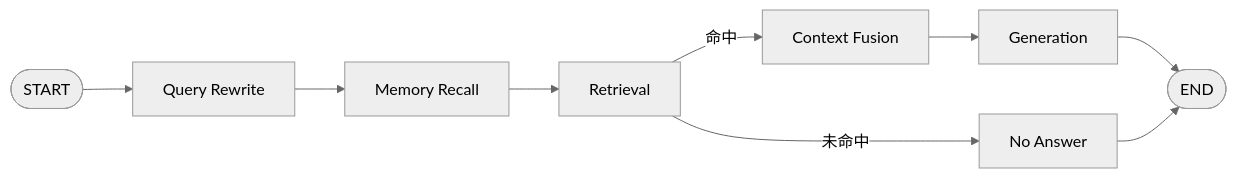
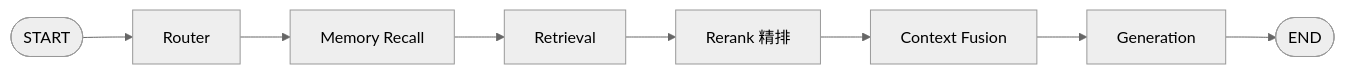
The first of 6 diagrams in README.md (wingwen/Mem-RAG), drawn with Mermaid (neutral theme) before and after one commit. The commit also changed other lines of this file and 33 other files, not shown here.

````diff
--- a/README.md
+++ b/README.md
@@ -46,11 +44,10 @@
 ```mermaid
 flowchart LR
-    START([START]) --> RW[Query Rewrite]
-    RW --> M[Memory Recall]
+    START([START]) --> R[Router]
+    R --> M[Memory Recall]
     M --> RET[Retrieval]
-    RET -->|命中| F[Context Fusion]
-    RET -->|未命中| NA[No Answer]
+    RET --> RR[Rerank 精排]
+    RR --> F[Context Fusion]
     F --> G[Generation]
     G --> END([END])
-    NA --> END
 ```
````
